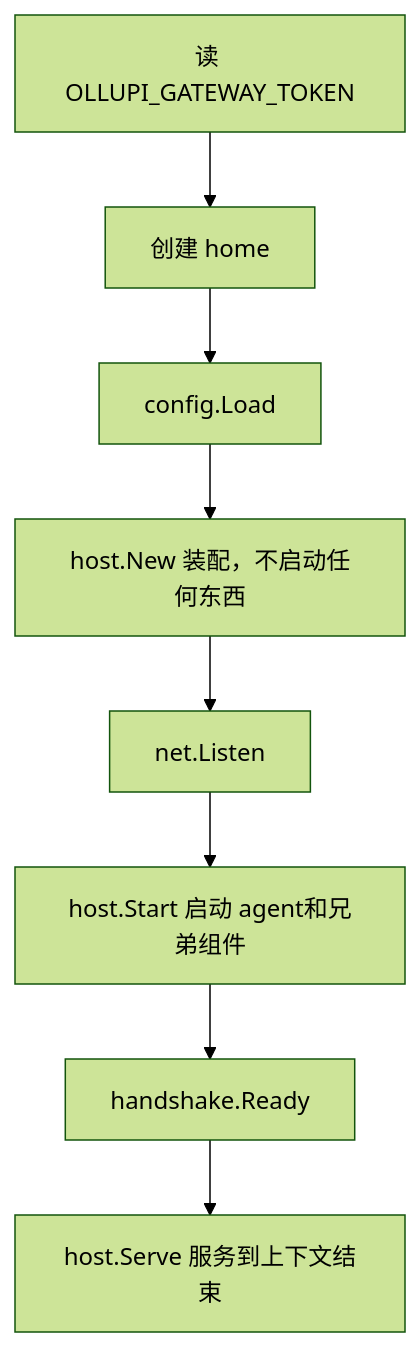
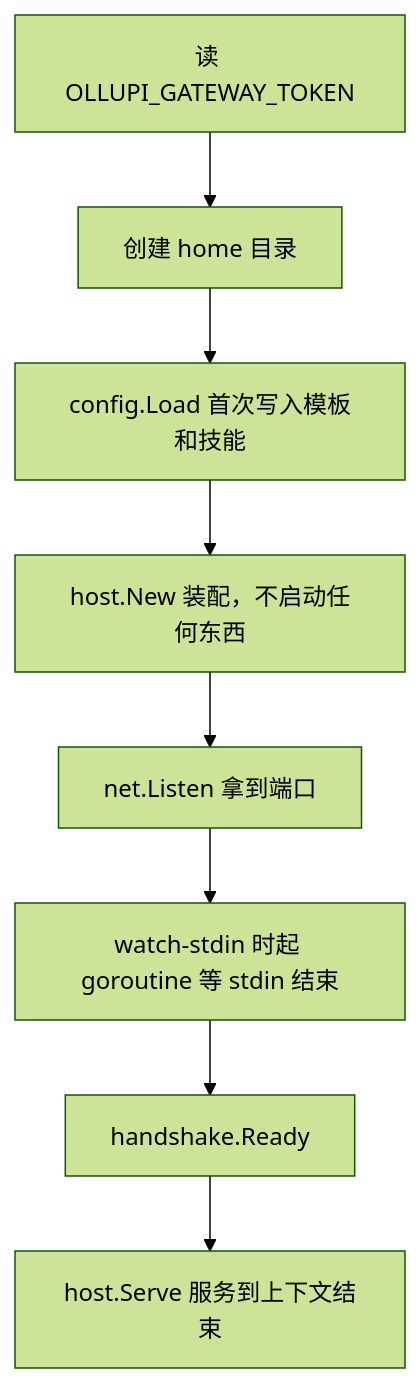
Before and after one commit to 0xfakeSpike/ollupi-docs: the diagram in docs/zh/desktop/sidecar.md, drawn with Mermaid (forest theme). The commit also changed other lines of this file and 67 other files, not shown here.

````diff
--- a/docs/zh/desktop/sidecar.md
+++ b/docs/zh/desktop/sidecar.md
@@ -57,10 +55,10 @@
 ```mermaid
 flowchart TD
-  A["读 OLLUPI_GATEWAY_TOKEN"] --> B["创建 home"]
-  B --> C["config.Load"]
+  A["读 OLLUPI_GATEWAY_TOKEN"] --> B["创建 home 目录"]
+  B --> C["config.Load 首次写入模板和技能"]
   C --> D["host.New 装配，不启动任何东西"]
-  D --> E["net.Listen"]
-  E --> F["host.Start 启动 agent和兄弟组件"]
+  D --> E["net.Listen 拿到端口"]
+  E --> F["watch-stdin 时起 goroutine 等 stdin 结束"]
   F --> G["handshake.Ready"]
   G --> H["host.Serve 服务到上下文结束"]
 ```
````
